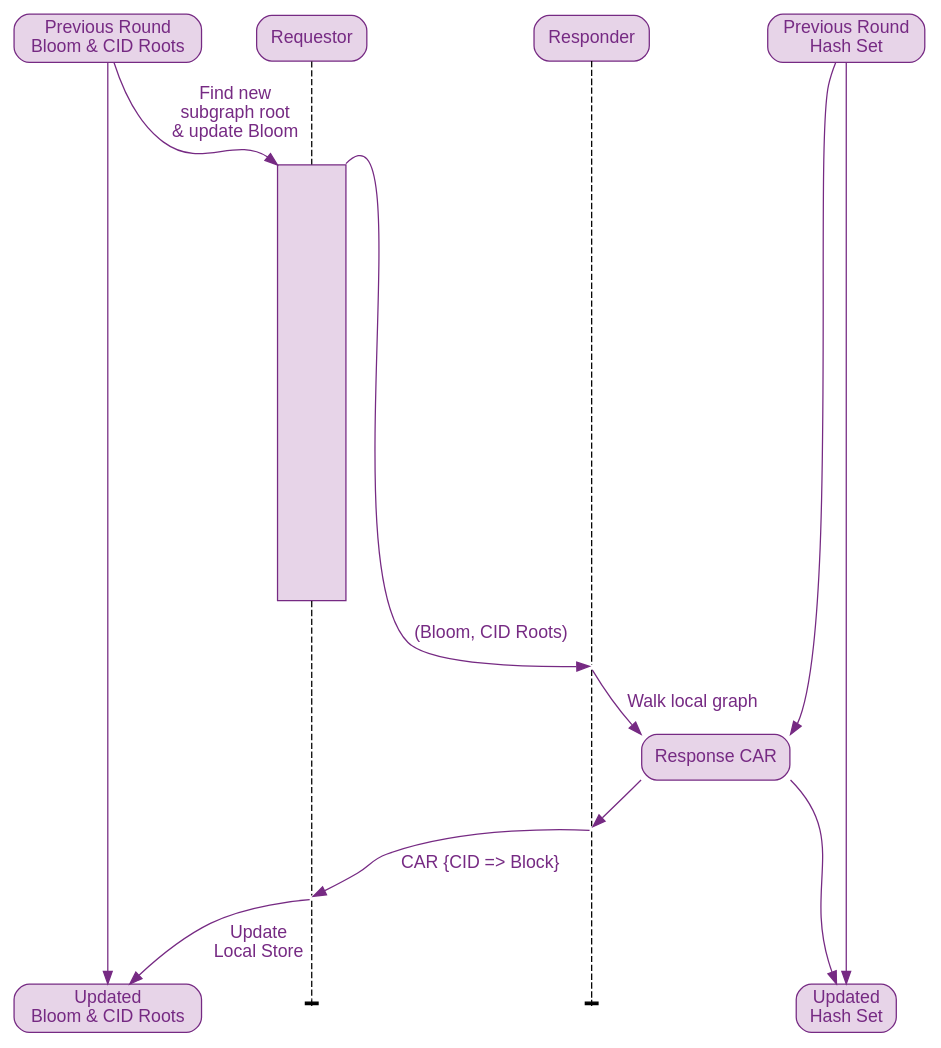
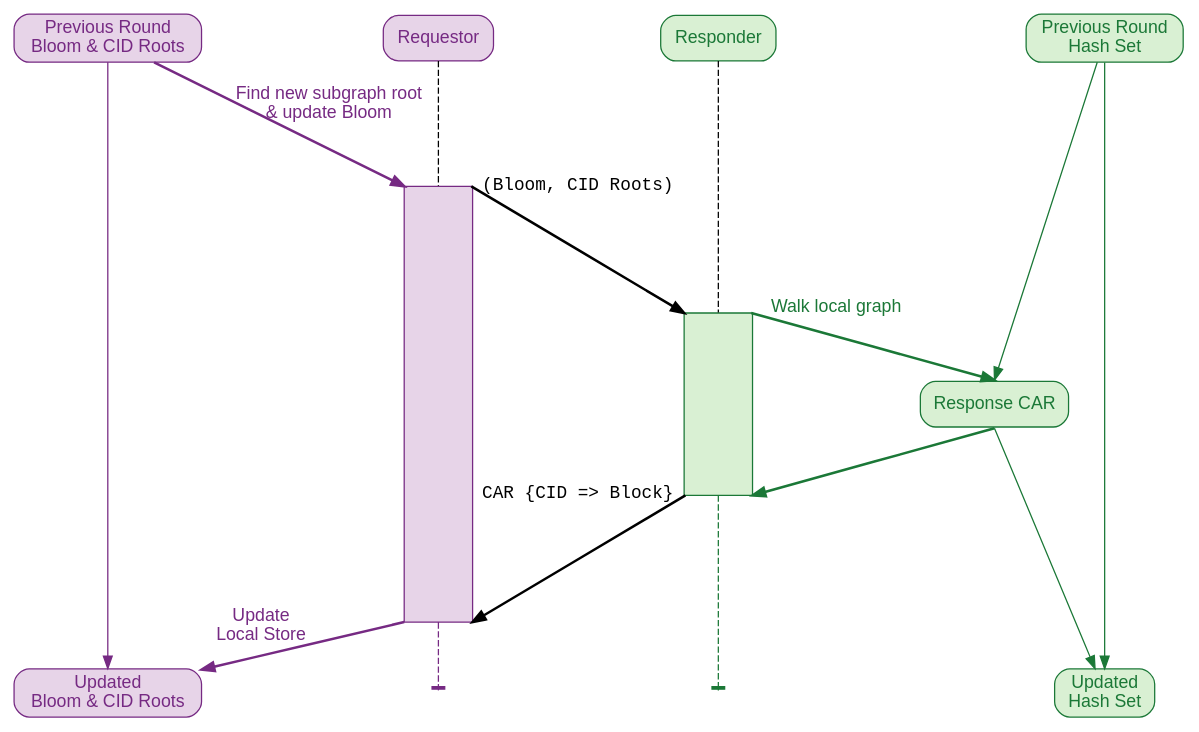
One commit to fission-codes/spec changed the diagram in car-pool/car-mirror/diagrams/pull.dot. Above: the diagram before and after it, drawn with Graphviz. The commit also changed 1 other file, not shown here.

Commit message:
Update Pull diagram

```diff
--- a/car-pool/car-mirror/diagrams/pull.dot
+++ b/car-pool/car-mirror/diagrams/pull.dot
@@ -1,99 +1,103 @@
 digraph G {
     rankdir = TB
+    splines = line
 
     edge [
         colorscheme = prgn11
         color = 2
 
         fontname = "Helvetica"
         fontcolor = 2
     ]
 
     node [
         shape = box
         style = "rounded,filled"
         colorscheme = prgn11
 
         color = 2
         fillcolor = 5
 
         fontcolor = 2
         fontname = "Helvetica"
     ]
 
     req [label = "Requestor"]
-    // req_out [shape = point style = invis]
-    req_out [
+    req_busy [
         shape = rectangle
         style = filled
         label = "\n\n\n\n\n\n\n\n\n\n\n\n\n\n\n\n\n\n\n\n\n"
-        padding = none
     ]
-    req_in [shape = point, style = invis]
     req_end [shape = point, style = invis]
-
-    resp [label = "Responder"]
-    resp_in [shape = point, style = invis]
-    resp_out [shape = point, style = invis]
-    resp_end [shape = point, style = invis]
-
     req_prev [label = "Previous Round\nBloom & CID Roots"]
     req_next [label = "Updated\nBloom & CID Roots"]
 
+    node [
+        color = 10
+        fillcolor = 7
+        fontcolor = 10
+    ]
+
+    resp [label = "Responder"]
+    resp_busy [
+        shape = rectangle
+        style = filled
+        label = ""
+        paddbusyg = none
+        height = 2
+    ]
+    resp_end [shape = point, style = invis]
+
     resp_prev [label = "Previous Round\nHash Set"]
+    resp_next [label = "Updated\nHash Set"]
     resp_car [label = "Response CAR"]
-    resp_next [label = "Updated\nHash Set"]
 
     #########
     # Edges #
     #########
 
+    req_prev -> req_next [weight = 100]
+    req_prev -> req_busy:nw [label = "Find new subgraph root\n& update Bloom\n\n\n", style = bold]
+    req_busy:sw -> req_next [xlabel = "Update\nLocal Store", style = bold]
+    req_busy -> req_end [arrowhead = tee, style = dashed, weight = 100]
 
-    # Stages
+    edge [color = 10, fontcolor = 10]
 
-    req_prev -> req_out:nw [
-        label = "Find new\nsubgraph root\n& update Bloom"
-    ]
+    resp_prev -> resp_next:n [weight = 100]
+    resp_prev -> resp_car:n
+    resp_busy:ne -> resp_car:n [label = "Walk local graph", style = bold]
+    resp_car:s -> resp_busy:se [style = bold]
+    resp_car:s -> resp_next
+    resp_busy -> resp_end [arrowhead = tee, style = dashed, weight = 100]
 
-    req_prev -> req_next [weight = 100]
-    resp_prev -> resp_next [weight = 100]
+    edge [color = black, fontcolor = black, fontname = "Courier"]
 
-    req_out:ne -> resp_in [label = "(Bloom, CID Roots)"]
-
-    resp_prev -> resp_car:ne
-    resp_in -> resp_car:nw [label = "Walk local graph"]
-    resp_car:se -> resp_next
-
-    resp_car:sw -> resp_out
-    resp_out -> req_in [label = "CAR {CID => Block}"]
-    req_in -> req_next [label = "Update\nLocal Store"]
+    req_busy:ne -> resp_busy:nw [label = "(Bloom, CID Roots)" style = bold]
+    resp_busy:sw -> req_busy:se [label = "CAR {CID => Block}" style = bold]
 
     ##############
     # Structural #
     ##############
 
     edge [
-          color = black
-          style = dashed
-          arrowhead = none
+        color = black
+        style = dashed
+        arrowhead = none
     ]
 
-    req -> req_out [weight = 100]
-    resp -> resp_in [weight = 100]
-
-    req_out -> req_in [weight = 100]
-    resp_in -> resp_out [weight = 100]
-
-    req_in -> req_end [arrowhead = tee weight = 100]
-    resp_out -> resp_end [arrowhead = tee weight = 100]
+    req -> req_busy [weight = 100]
+    resp -> resp_busy [weight = 100]
 
     ################
     # Layout Hacks #
     ################
 
-    resp_end -> resp_next [style = invis]
-    resp_out -> req_in [style = invis]
+    edge [style = invis]
+
+    req_prev -> req [minlen = 4]
+    resp_next:nw -> resp_car:se
 
     {rank = same req resp req_prev resp_prev}
     {rank = same req_end resp_end req_next resp_next}
+    {rank = same req_busy resp_busy resp_car}
 }
```
